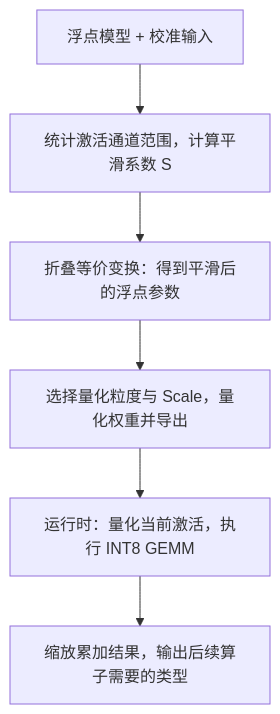
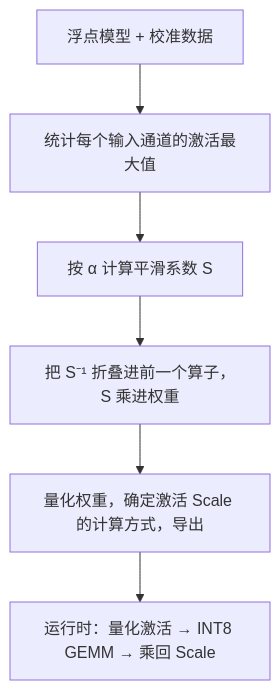
Before and after one commit to caomaolufei/AIInfraGuide: the diagram in docs/guides/模块四-推理优化/第4章-量化/4.2-W8A8与SmoothQuant.md, drawn with Mermaid. The commit also changed other lines of this file and 9 other files, not shown here.

````diff
--- a/docs/guides/模块四-推理优化/第4章-量化/4.2-W8A8与SmoothQuant.md
+++ b/docs/guides/模块四-推理优化/第4章-量化/4.2-W8A8与SmoothQuant.md
@@ -85,8 +98,8 @@
 ```mermaid
 graph TD
-    A["浮点模型 + 校准输入"] --> B["统计激活通道范围，计算平滑系数 S"]
-    B --> C["折叠等价变换：得到平滑后的浮点参数"]
-    C --> D["选择量化粒度与 Scale，量化权重并导出"]
-    D --> E["运行时：量化当前激活，执行 INT8 GEMM"]
-    E --> F["缩放累加结果，输出后续算子需要的类型"]
+    A["浮点模型 + 校准数据"] --> B["统计每个输入通道的激活最大值"]
+    B --> C["按 α 计算平滑系数 S"]
+    C --> D["把 S⁻¹ 折叠进前一个算子，S 乘进权重"]
+    D --> E["量化权重，确定激活 Scale 的计算方式，导出"]
+    E --> F["运行时：量化激活 → INT8 GEMM → 乘回 Scale"]
 ```
````
